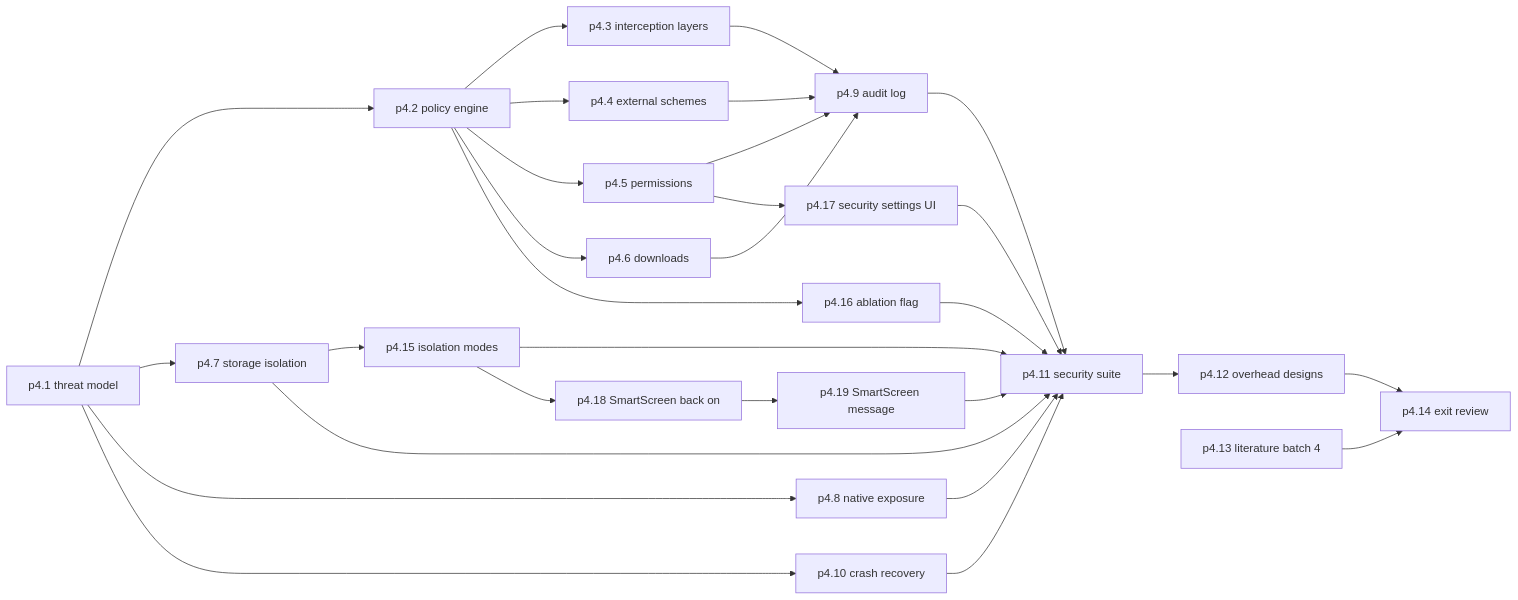
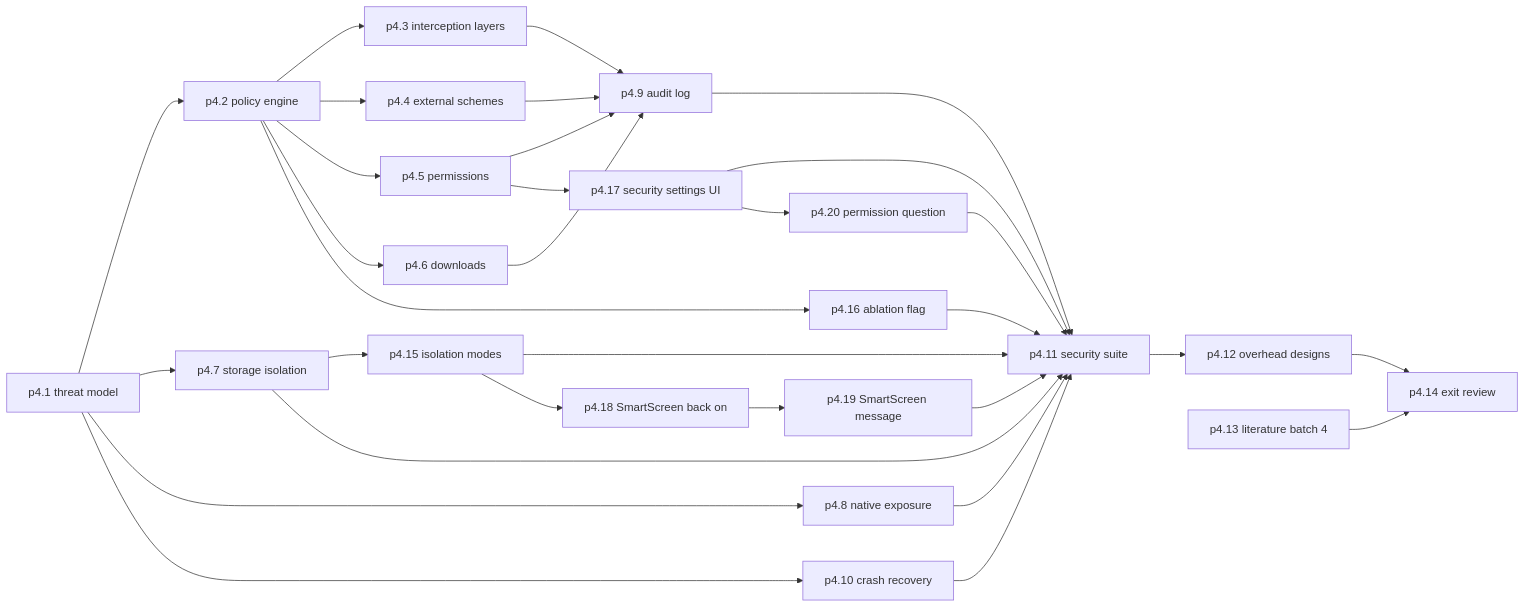
The diagram in wiki/phases/phase-p4-security.md (VarunOjha/nurav-ferrum), drawn with Mermaid before and after one commit. The commit also changed other lines of this file and 14 other files, not shown here.

First line of the commit message:
docs(plan): Q-227 answered; Chrome-style permission question (adr-0034); add p4.20 [p4.20]

````diff
--- a/wiki/phases/phase-p4-security.md
+++ b/wiki/phases/phase-p4-security.md
@@ -184,31 +189,33 @@
 ```mermaid
 flowchart LR
   p4_1["p4.1 threat model"] --> p4_2["p4.2 policy engine"]
   p4_2 --> p4_3["p4.3 interception layers"]
   p4_2 --> p4_4["p4.4 external schemes"]
   p4_2 --> p4_5["p4.5 permissions"]
   p4_2 --> p4_6["p4.6 downloads"]
   p4_1 --> p4_7["p4.7 storage isolation"]
   p4_1 --> p4_8["p4.8 native exposure"]
   p4_3 --> p4_9["p4.9 audit log"]
   p4_4 --> p4_9
   p4_5 --> p4_9
   p4_6 --> p4_9
   p4_1 --> p4_10["p4.10 crash recovery"]
   p4_7 --> p4_15["p4.15 isolation modes"]
   p4_2 --> p4_16["p4.16 ablation flag"]
   p4_5 --> p4_17["p4.17 security settings UI"]
   p4_15 --> p4_11
   p4_16 --> p4_11
   p4_17 --> p4_11
   p4_15 --> p4_18["p4.18 SmartScreen back on"]
   p4_18 --> p4_19["p4.19 SmartScreen message"]
   p4_19 --> p4_11
+  p4_17 --> p4_20["p4.20 permission question"]
+  p4_20 --> p4_11
   p4_7 --> p4_11["p4.11 security suite"]
   p4_8 --> p4_11
   p4_9 --> p4_11
   p4_10 --> p4_11
   p4_11 --> p4_12["p4.12 overhead designs"]
   p4_12 --> p4_14["p4.14 exit review"]
   p4_13["p4.13 literature batch 4"] --> p4_14
 ```
````
